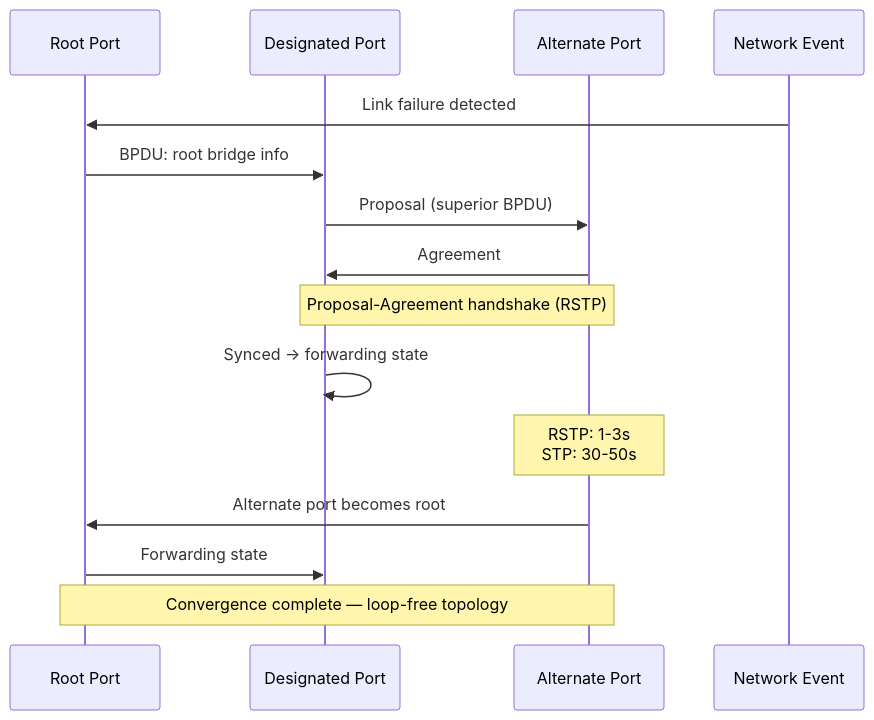
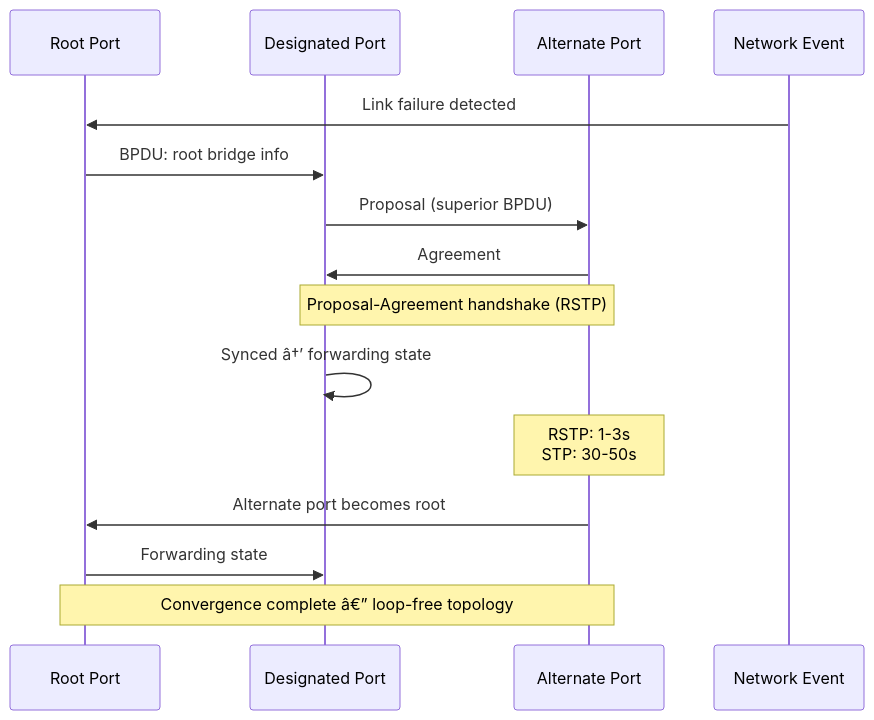
The third of 3 diagrams in docs/courses/computer-networks/05-ethernet-switching.md (Raushan666java/ai-engineering-journey), drawn with Mermaid before and after one commit. The commit also changed other lines of this file and 735 other files, not shown here.

````diff
--- a/docs/courses/computer-networks/05-ethernet-switching.md
+++ b/docs/courses/computer-networks/05-ethernet-switching.md
@@ -102,21 +102,21 @@
 ```mermaid
 sequenceDiagram
     participant RP as Root Port
     participant DP as Designated Port
     participant AP as Alternate Port
     participant N as Network Event
 
     N->>RP: Link failure detected
     RP->>DP: BPDU: root bridge info
     DP->>AP: Proposal (superior BPDU)
     AP->>DP: Agreement
     Note over DP,AP: Proposal-Agreement handshake (RSTP)
     
-    DP->>DP: Synced → forwarding state
+    DP->>DP: Synced â†’ forwarding state
     Note over AP: RSTP: 1-3s<br/>STP: 30-50s
 
     AP->>RP: Alternate port becomes root
     RP->>DP: Forwarding state
 
-    Note over RP,AP: Convergence complete — loop-free topology
+    Note over RP,AP: Convergence complete â€” loop-free topology
 ```
````
